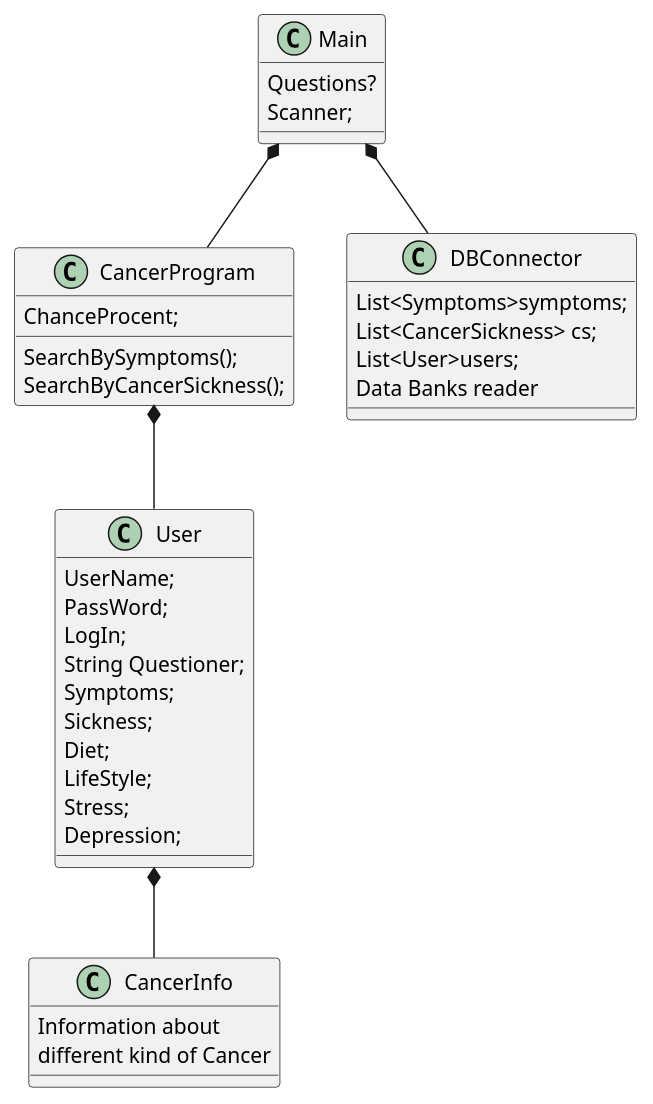
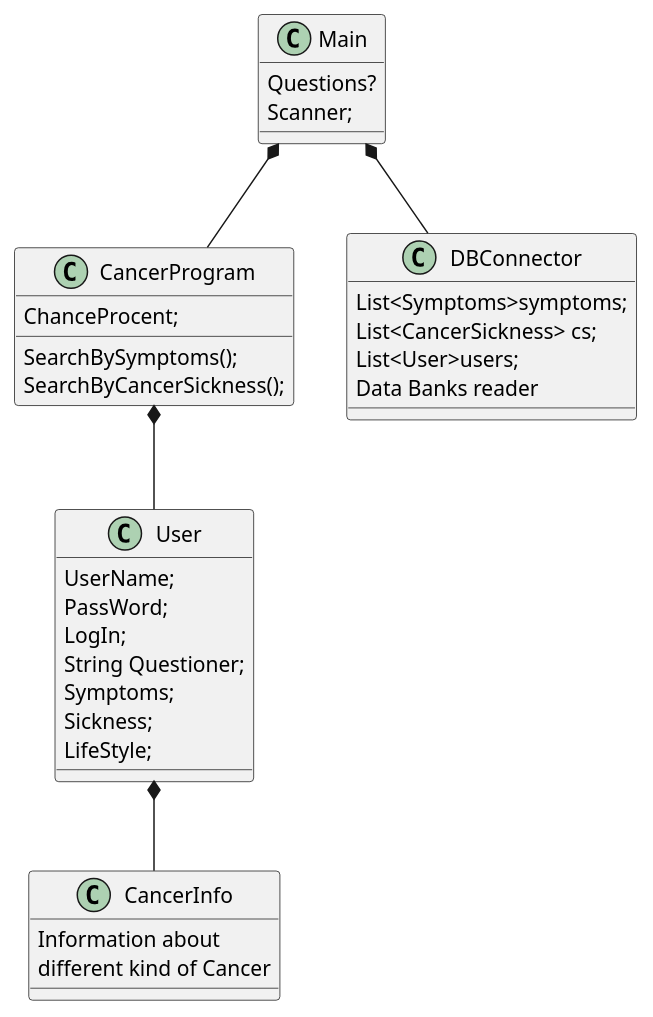
The diagram in src/ICE Gruppe F.puml (Fjumre/ICE-Gruppe-F), drawn with PlantUML before and after one commit.

Commit message:
Update ICE Gruppe F.puml

```diff
--- a/src/ICE Gruppe F.puml
+++ b/src/ICE Gruppe F.puml
@@ -1,49 +1,46 @@
 @startuml
 'https://plantuml.com/sequence-diagram
 
 
 
 Class Main{
 Questions?
 Scanner;
 }
 
 Class CancerProgram{
 
 ChanceProcent;
 SearchBySymptoms();
 SearchByCancerSickness();
 }
 
 Class User{
 UserName;
 PassWord;
 LogIn;
 String Questioner;
 Symptoms;
 Sickness;
-Diet;
 LifeStyle;
-Stress;
-Depression;
 }
 
 Class CancerInfo{
 
 Information about
 different kind of Cancer
 }
 
 Class DBConnector{
 List<Symptoms>symptoms;
 List<CancerSickness> cs;
 List<User>users;
 Data Banks reader
 }
 
 Main *-- DBConnector
 Main *-- CancerProgram
 CancerProgram *-- User
 User *-- CancerInfo
 
 @enduml
```
